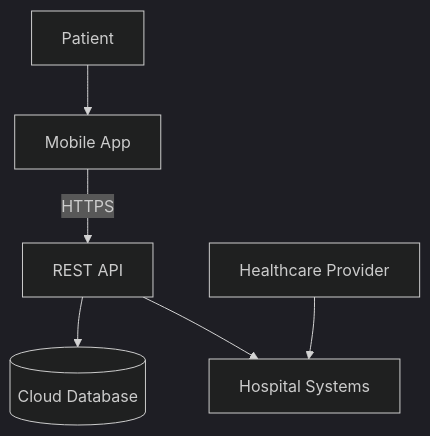
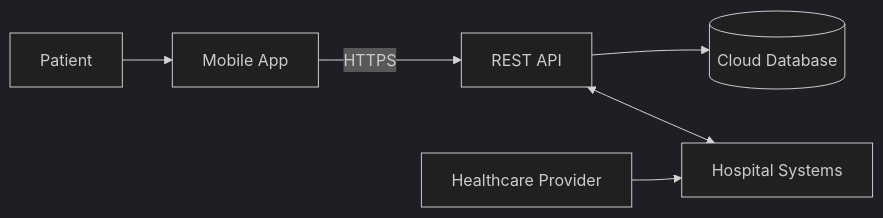
Before and after one commit to busitech-ir-lux/dlh-cyber_security: the first of 4 diagrams in threat-modeling-fundamentals/1-healthcare-mobile-app.md, drawn with Mermaid (dark theme). The commit also changed other lines of this file, not shown here.

````diff
--- a/threat-modeling-fundamentals/1-healthcare-mobile-app.md
+++ b/threat-modeling-fundamentals/1-healthcare-mobile-app.md
@@ -17,15 +30,15 @@
 ```mermaid
-flowchart TD
+flowchart LR
     P[Patient]
     M[Mobile App]
     A[REST API]
     D[(Cloud Database)]
     H[Hospital Systems]
     C[Healthcare Provider]
 
     P --> M
     M -->|HTTPS| A
     A --> D
-    A --> H
+    A <--> H
     C --> H
 ```
````
